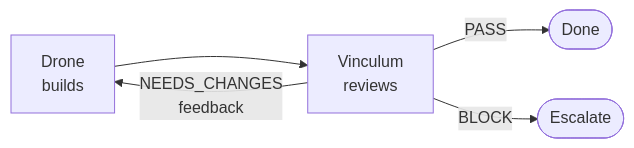
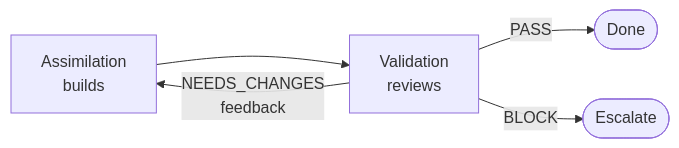
The fifth of 10 diagrams in README.md (benediktms/unimatrix), drawn with Mermaid before and after one commit. The commit also changed other lines of this file and 1 other file, not shown here.

````diff
--- a/README.md
+++ b/README.md
@@ -237,7 +280,7 @@
 ```mermaid
 flowchart LR
-    Drone["Drone<br/>builds"] --> Vinculum["Vinculum<br/>reviews"]
-    Vinculum -->|PASS| Done([Done])
-    Vinculum -->|NEEDS_CHANGES<br/>feedback| Drone
-    Vinculum -->|BLOCK| Escalate([Escalate])
+    Adj["Assimilation<br/>builds"] --> Val["Validation<br/>reviews"]
+    Val -->|PASS| Done([Done])
+    Val -->|NEEDS_CHANGES<br/>feedback| Adj
+    Val -->|BLOCK| Escalate([Escalate])
 ```
````
